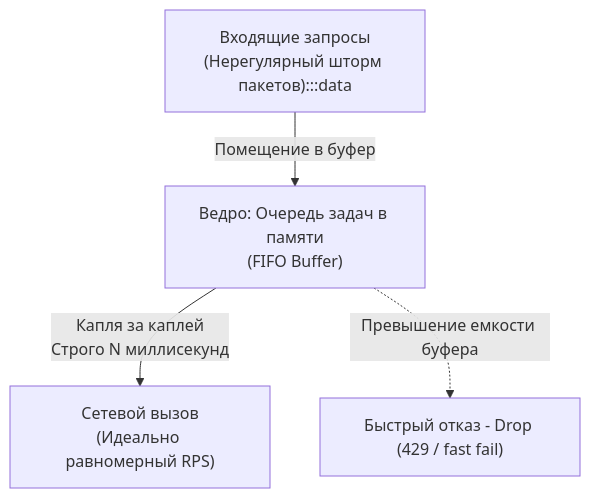
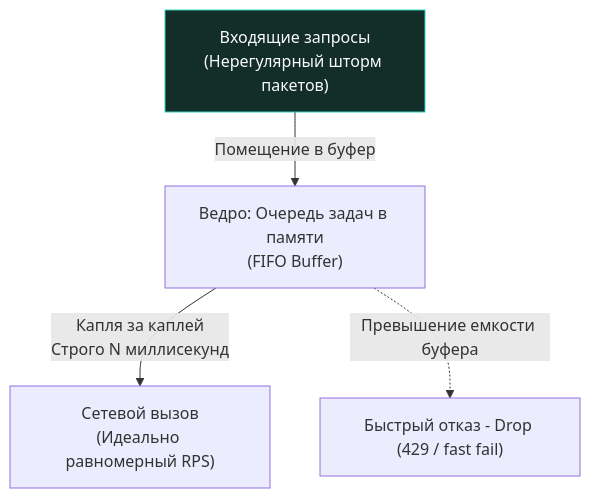
One commit to UnrealTemplier/go-textbook-ru changed the second of 4 diagrams in sources/14. Распределенные системы на Go/06. Сеть/5. Traffic shaping.md. Above: the diagram before and after it, drawn with Mermaid. The commit also changed 166 other files, not shown here.

First line of the commit message:
fix(mermaid): move :::class out of quoted node labels

````diff
--- a/sources/14. Распределенные системы на Go/06. Сеть/5. Traffic shaping.md
+++ b/sources/14. Распределенные системы на Go/06. Сеть/5. Traffic shaping.md
@@ -69,17 +69,17 @@
 ```mermaid
 flowchart TD
     classDef process  fill:#1e293b,stroke:#38bdf8,stroke-width:1px,color:#f8fafc
     classDef success  fill:#064e3b,stroke:#34d399,stroke-width:1px,color:#f8fafc
     classDef error    fill:#7f1d1d,stroke:#f87171,stroke-width:1px,color:#f8fafc
     classDef warning  fill:#78350f,stroke:#fbbf24,stroke-width:1px,color:#f8fafc
     classDef entry    fill:#1e3a5f,stroke:#38bdf8,stroke-width:2px,color:#f8fafc
     classDef aux      fill:#334155,stroke:#64748b,stroke-width:1px,color:#f8fafc
     classDef system   fill:#312e81,stroke:#a78bfa,stroke-width:1px,color:#f8fafc
     classDef data     fill:#132d29,stroke:#2dd4bf,stroke-width:1px,color:#f8fafc
     classDef network  fill:#881337,stroke:#fb7185,stroke-width:1px,color:#f8fafc
     classDef accent   fill:#1e1b4b,stroke:#818cf8,stroke-width:1px,color:#f8fafc
-    In["Входящие запросы<br>(Нерегулярный шторм пакетов):::data"] -->|"Помещение в буфер"| Bucket["Ведро: Очередь задач в памяти<br>(FIFO Buffer)"]
+    In["Входящие запросы<br>(Нерегулярный шторм пакетов)"]:::data -->|"Помещение в буфер"| Bucket["Ведро: Очередь задач в памяти<br>(FIFO Buffer)"]
     Bucket -->|"Капля за каплей<br>Строго N миллисекунд"| Out["Сетевой вызов<br>(Идеально равномерный RPS)"]
     
     Bucket -.->|"Превышение емкости буфера"| Overflow["Быстрый отказ - Drop (429 / fast fail)"]
 ```
````
